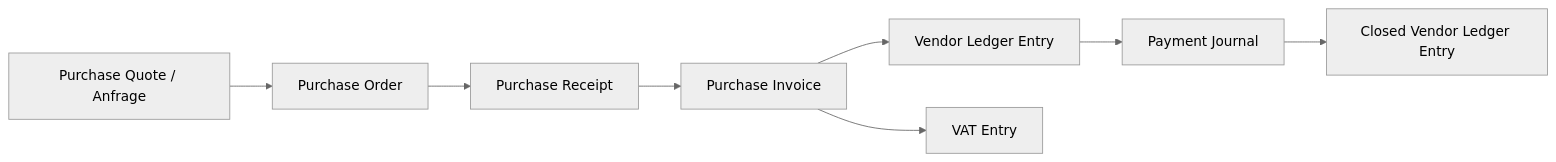
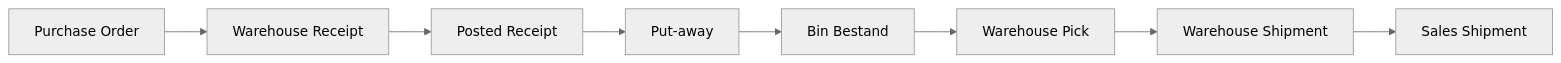
The fifth of 10 diagrams in FiBu_Buch_BC_Standardprozesse_DE_Master_Blueprint.md (sivla/FiBu), drawn with Mermaid (neutral theme) before and after one commit. The commit also changed other lines of this file and 2 other files, not shown here.

````diff
--- a/FiBu_Buch_BC_Standardprozesse_DE_Master_Blueprint.md
+++ b/FiBu_Buch_BC_Standardprozesse_DE_Master_Blueprint.md
@@ -248,10 +471,10 @@
 ```mermaid
 flowchart LR
-    A["Purchase Quote / Anfrage"] --> B["Purchase Order"]
-    B --> C["Purchase Receipt"]
-    C --> D["Purchase Invoice"]
-    D --> E["Vendor Ledger Entry"]
-    D --> F["VAT Entry"]
-    E --> G["Payment Journal"]
-    G --> H["Closed Vendor Ledger Entry"]
+    A["Purchase Order"] --> B["Warehouse Receipt"]
+    B --> C["Posted Receipt"]
+    C --> D["Put-away"]
+    D --> E["Bin Bestand"]
+    E --> F["Warehouse Pick"]
+    F --> G["Warehouse Shipment"]
+    G --> H["Sales Shipment"]
 ```
````
